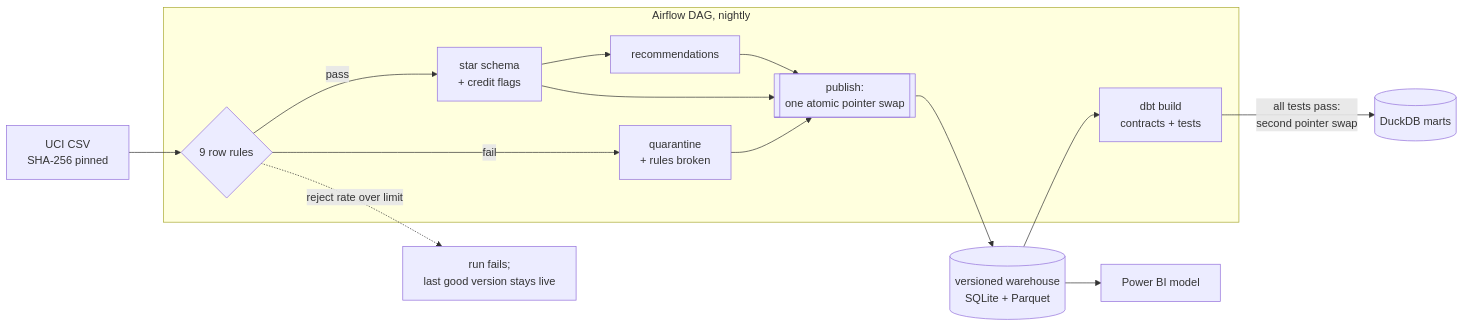
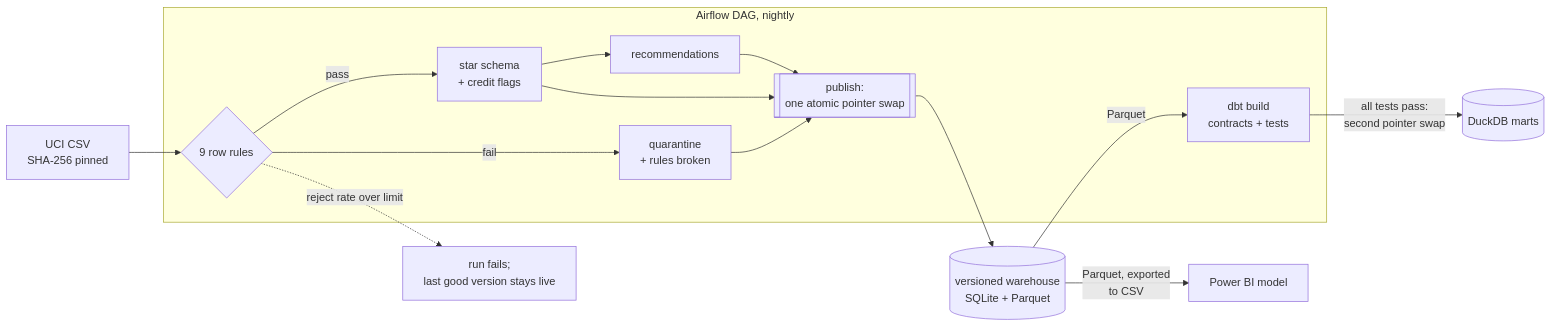
Before and after one commit to Kenchch/retail-ai-pipeline: the diagram in README.md, drawn with Mermaid. The commit also changed other lines of this file and 1 other file, not shown here.

First line of the commit message:
Say what Power BI is built from, and split limits from production gaps (#25)

````diff
--- a/README.md
+++ b/README.md
@@ -34,23 +34,23 @@
 ```mermaid
 flowchart LR
     subgraph dag ["Airflow DAG, nightly"]
         gate{"9 row rules"}
         star["star schema<br/>+ credit flags"]
         quar["quarantine<br/>+ rules broken"]
         rec["recommendations"]
         pub[["publish:<br/>one atomic pointer swap"]]
         dbt["dbt build<br/>contracts + tests"]
         gate -->|pass| star
         gate -->|fail| quar
         star --> rec
         star --> pub
         quar --> pub
         rec --> pub
     end
     src["UCI CSV<br/>SHA-256 pinned"] --> gate
     gate -.->|reject rate over limit| stop["run fails;<br/>last good version stays live"]
     pub --> wh[("versioned warehouse<br/>SQLite + Parquet")]
-    wh --> dbt
+    wh -->|Parquet| dbt
     dbt -->|"all tests pass:<br/>second pointer swap"| mart[("DuckDB marts")]
-    wh --> pbi["Power BI model"]
+    wh -->|"Parquet, exported<br/>to CSV"| pbi["Power BI model"]
 ```
````
